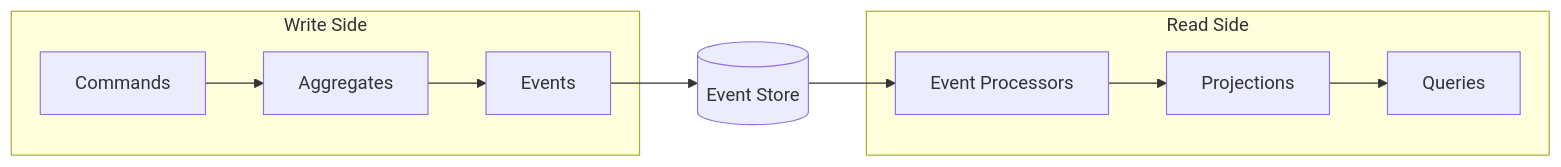
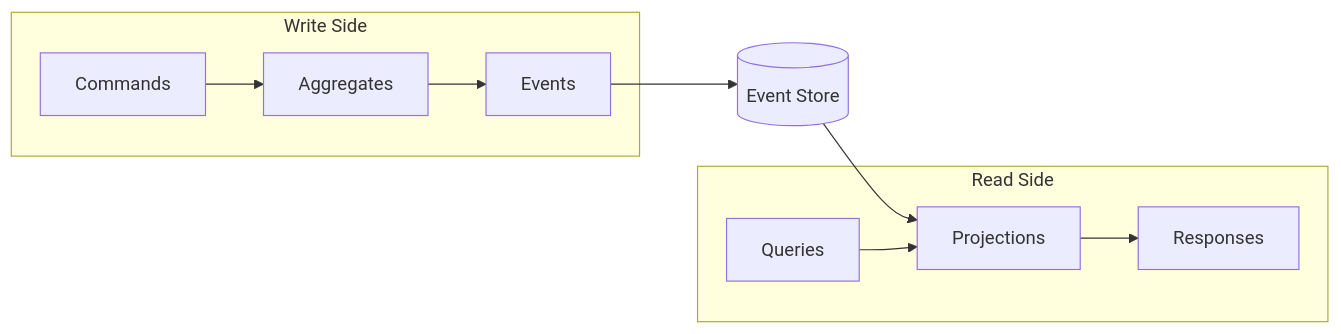
Before and after one commit to interlock-proj/interlock: the diagram in docs/concepts/index.md, drawn with Mermaid. The commit also changed other lines of this file and 43 other files, not shown here.

````diff
--- a/docs/concepts/index.md
+++ b/docs/concepts/index.md
@@ -70,15 +86,15 @@
 ```mermaid
 flowchart LR
     subgraph "Write Side"
         CMD[Commands] --> AGG[Aggregates]
         AGG --> EVT[Events]
     end
     
     EVT --> STORE[(Event Store)]
-    STORE --> PROC[Event Processors]
+    STORE --> PROJ[Projections]
     
     subgraph "Read Side"
-        PROC --> PROJ[Projections]
-        PROJ --> QUERY[Queries]
+        QRY[Queries] --> PROJ
+        PROJ --> RES[Responses]
     end
 ```
````
